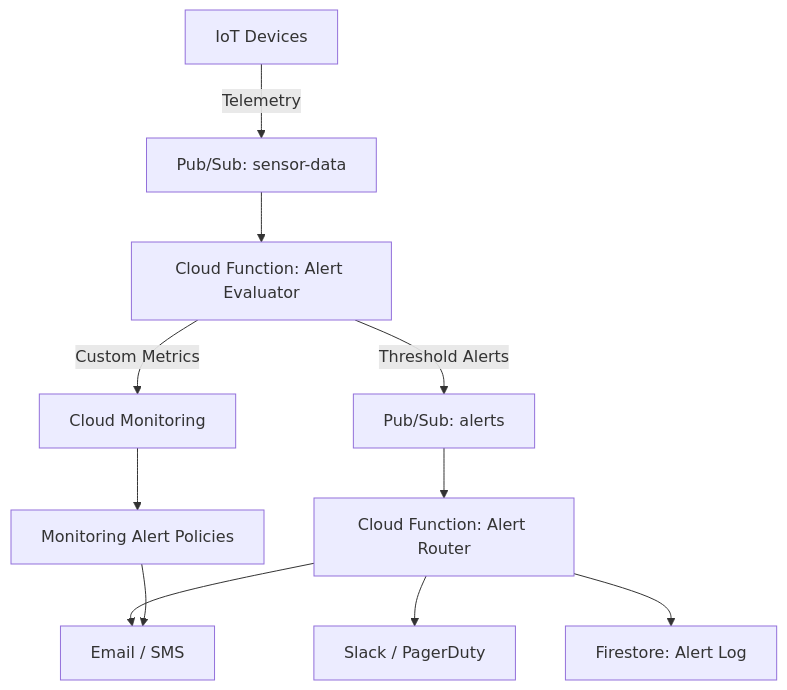
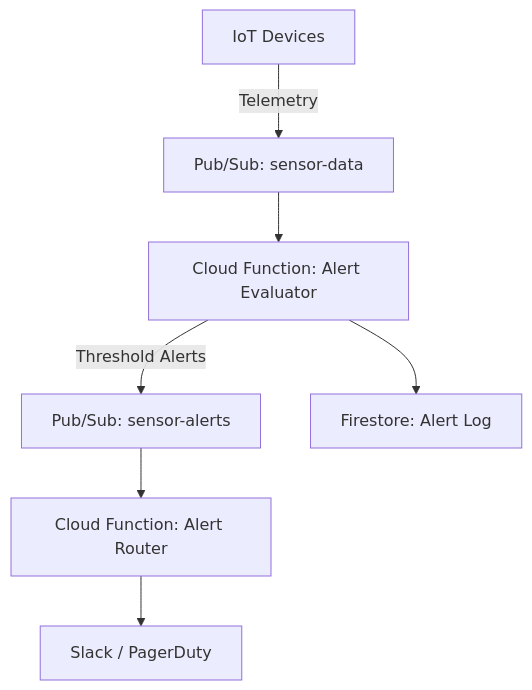
Before and after one commit to OneUptime/blog: the diagram in posts/2026-02-17-how-to-build-an-iot-alerting-system-with-pubsub-cloud-functions-and-google-cloud-monitoring/README.md, drawn with Mermaid. The commit also changed other lines of this file and 2 other files, not shown here.

Commit message:
validate: 2026-02-17-how-to-build-an-iot-alerting-system-with-pubsub-cloud-functions-and-google-cloud-monitoring

````diff
--- a/posts/2026-02-17-how-to-build-an-iot-alerting-system-with-pubsub-cloud-functions-and-google-cloud-monitoring/README.md
+++ b/posts/2026-02-17-how-to-build-an-iot-alerting-system-with-pubsub-cloud-functions-and-google-cloud-monitoring/README.md
@@ -19,13 +19,9 @@
 ```mermaid
 graph TB
     A[IoT Devices] -->|Telemetry| B[Pub/Sub: sensor-data]
     B --> C[Cloud Function: Alert Evaluator]
-    C -->|Threshold Alerts| D[Pub/Sub: alerts]
-    C -->|Custom Metrics| E[Cloud Monitoring]
+    C -->|Threshold Alerts| D[Pub/Sub: sensor-alerts]
+    C --> I[Firestore: Alert Log]
     D --> F[Cloud Function: Alert Router]
-    F --> G[Email / SMS]
-    F --> H[Slack / PagerDuty]
-    F --> I[Firestore: Alert Log]
-    E --> J[Monitoring Alert Policies]
-    J --> G
+    F --> G[Slack / PagerDuty]
 ```
````
